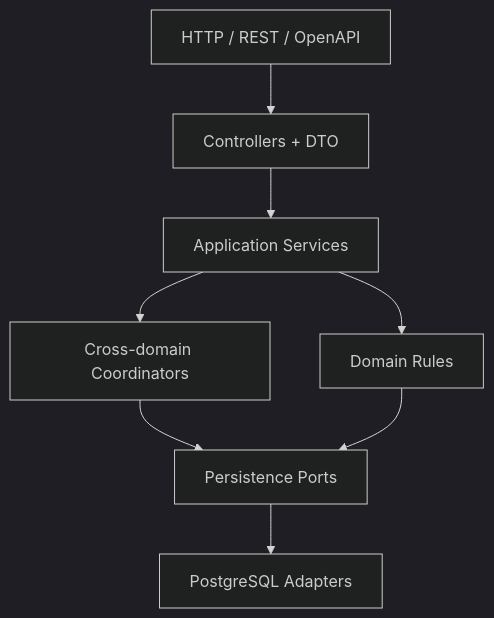
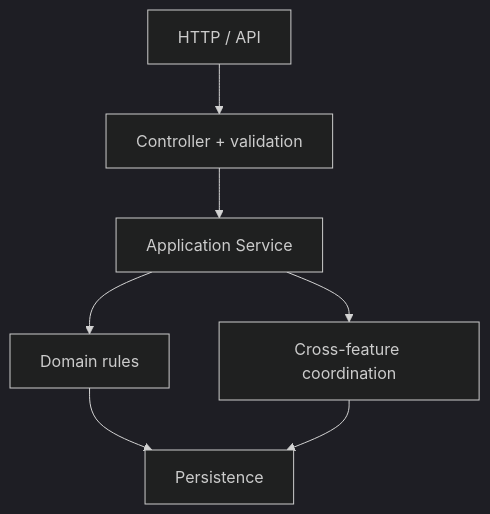
One commit to Danh20100/moibile_app changed the first of 2 diagrams in docs/contexts/layers/backend.md. Above: the diagram before and after it, drawn with Mermaid (dark theme). The commit also changed other lines of this file and 9 other files, not shown here.

````diff
--- a/docs/contexts/layers/backend.md
+++ b/docs/contexts/layers/backend.md
@@ -19,17 +15,9 @@
 ```mermaid
 flowchart TD
-    HTTP[HTTP / REST / OpenAPI]
-    CTRL[Controllers + DTO]
-    APP[Application Services]
-    DOMAIN[Domain Rules]
-    COORD[Cross-domain Coordinators]
-    PORT[Persistence Ports]
-    DB[PostgreSQL Adapters]
-
-    HTTP --> CTRL --> APP
-    APP --> DOMAIN
-    APP --> COORD
+    HTTP["HTTP / API"] --> CTRL["Controller + validation"]
+    CTRL --> APP["Application Service"]
+    APP --> RULE["Domain rules"]
+    APP --> COORD["Cross-feature coordination"]
+    RULE --> PORT["Persistence"]
     COORD --> PORT
-    DOMAIN --> PORT
-    PORT --> DB
 ```
````
